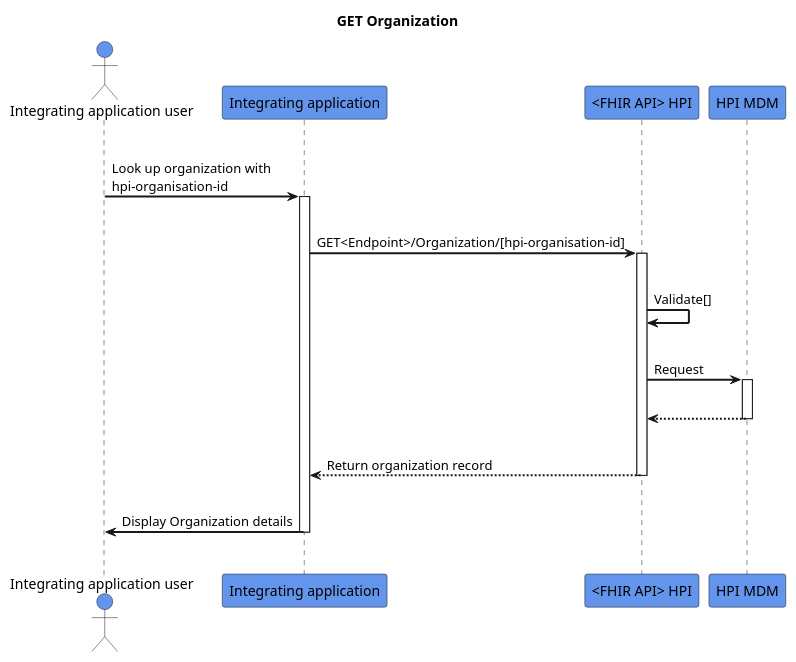
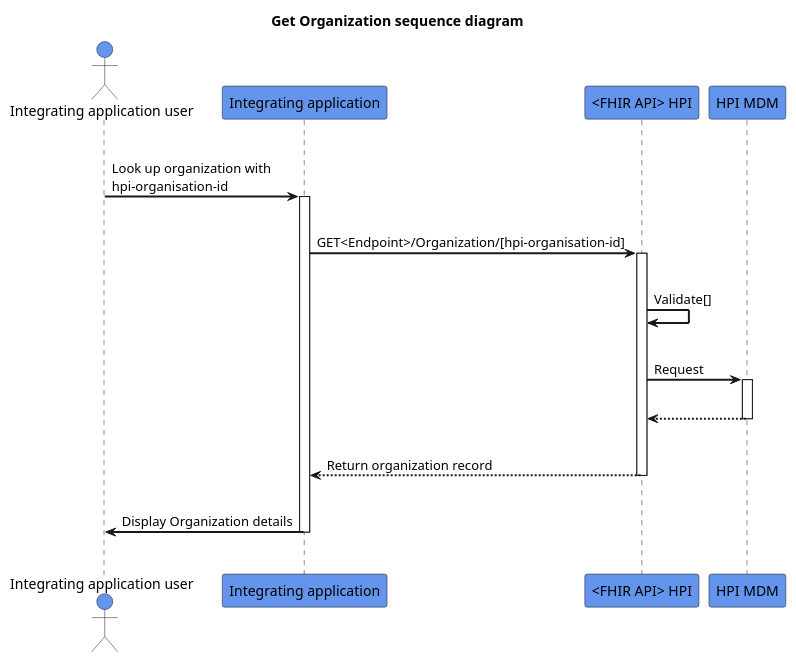
The diagram in input/images-source/get-organization.plantuml (HL7NZ/hpi), drawn with PlantUML before and after one commit.

```diff
--- a/input/images-source/get-organization.plantuml
+++ b/input/images-source/get-organization.plantuml
@@ -1,32 +1,32 @@
 @startuml
 skinparam sequenceArrowThickness 2
 skinparam roundcorner 5
 skinparam maxmessagesize 180
 skinparam sequenceParticipant bold
-title GET Organization
+title Get Organization sequence diagram
 actor "Integrating application user" as User #CornflowerBlue
 participant "Integrating application" as A #CornflowerBlue
 participant "<FHIR API> HPI" as B #CornflowerBlue
 participant "HPI MDM" as C #CornflowerBlue
 |||
 User -> A: Look up organization with hpi-organisation-id
 activate A
 |||
 A -> B: GET<Endpoint>/Organization/[hpi-organisation-id]
 activate B
 |||
 B -> B: Validate[]
 |||
 B -> C: Request
 activate C
 |||
 C -[dashed]-> B:  
 deactivate C
 |||
 B -[dashed]-> A:Return organization record
 deactivate B
 |||
 A -> User:Display Organization details 
 deactivate A
 |||
 @enduml
```
